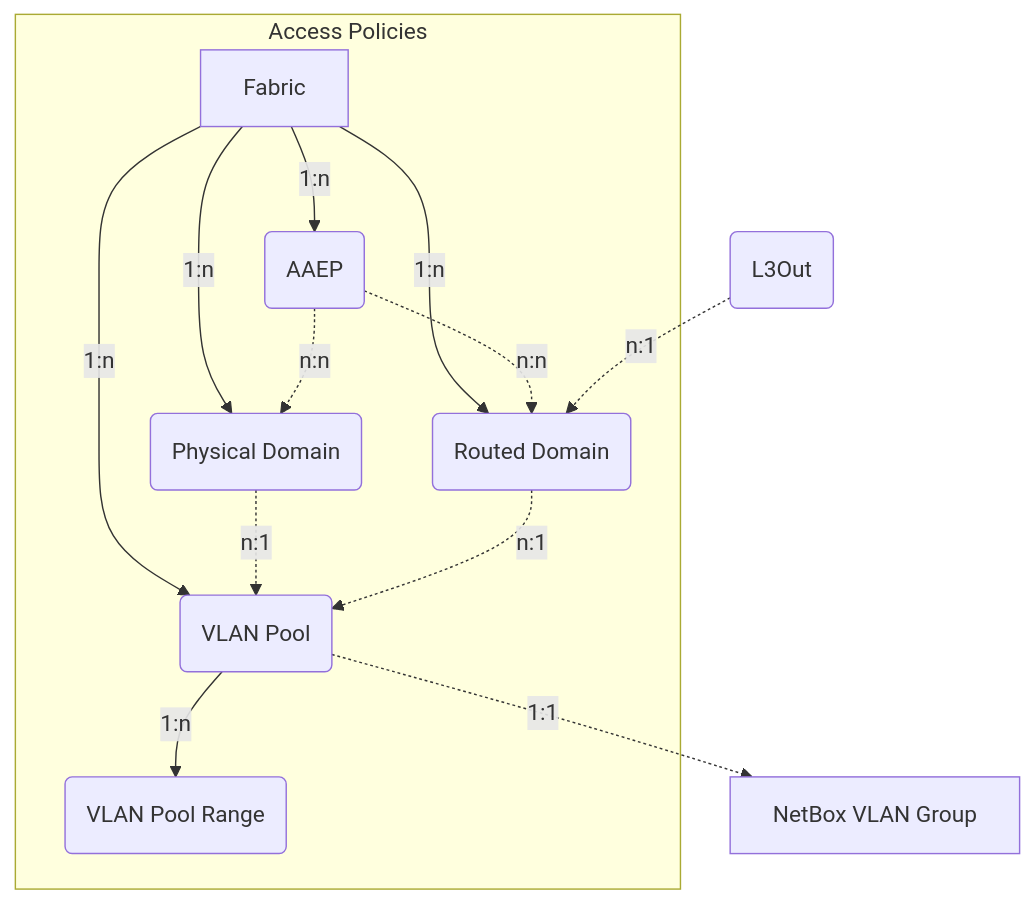
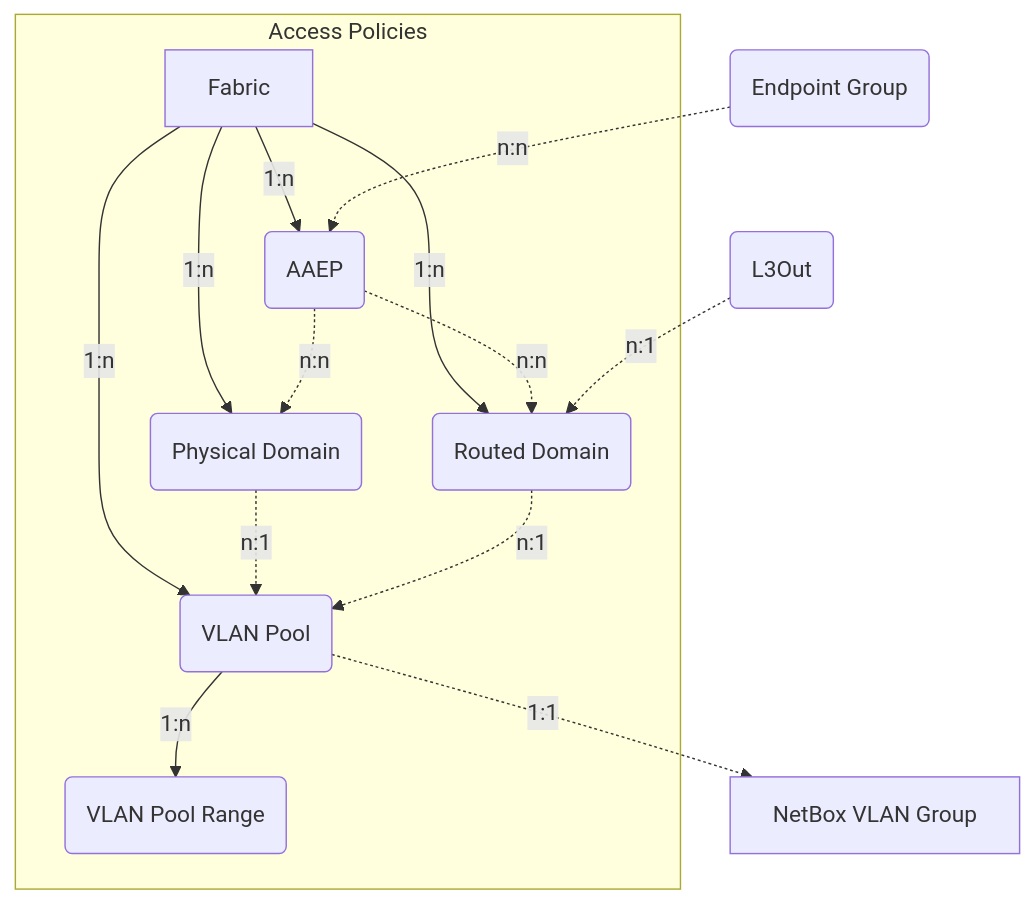
One commit to pheus/netbox-aci-plugin changed the diagram in docs/features/access_policies.md. Above: the diagram before and after it, drawn with Mermaid. The commit also changed other lines of this file, not shown here.

First line of the commit message:
docs(access_policies): Document Endpoint Group AAEP Binding

````diff
--- a/docs/features/access_policies.md
+++ b/docs/features/access_policies.md
@@ -7,25 +7,27 @@
 ```mermaid
 flowchart TD
     FAB[Fabric]
     AAEP(AAEP)
     PD(Physical Domain)
     RD(Routed Domain)
     L3O(L3Out)
+    EPG(Endpoint Group)
     VP(VLAN Pool)
     VPR(VLAN Pool Range)
     NBVG[NetBox VLAN Group]
 
     subgraph graphAP [Access Policies]
         FAB -->|1:n| AAEP
         FAB -->|1:n| PD
         FAB -->|1:n| RD
         FAB -->|1:n| VP
         VP -->|1:n| VPR
         AAEP -.->|n:n| PD
         AAEP -.->|n:n| RD
         PD -.->|n:1| VP
         RD -.->|n:1| VP
     end
     L3O -.->|n:1| RD
+    EPG -.->|n:n| AAEP
     VP -.->|1:1| NBVG
 ```
````
